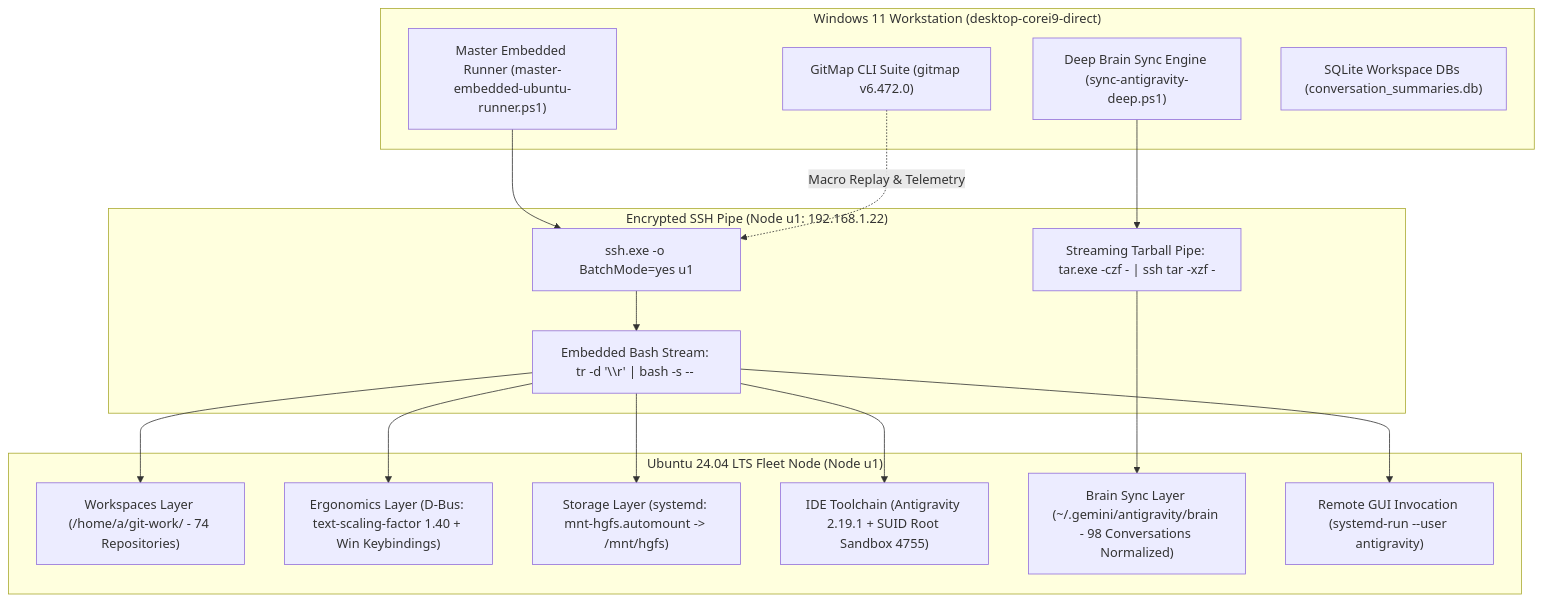
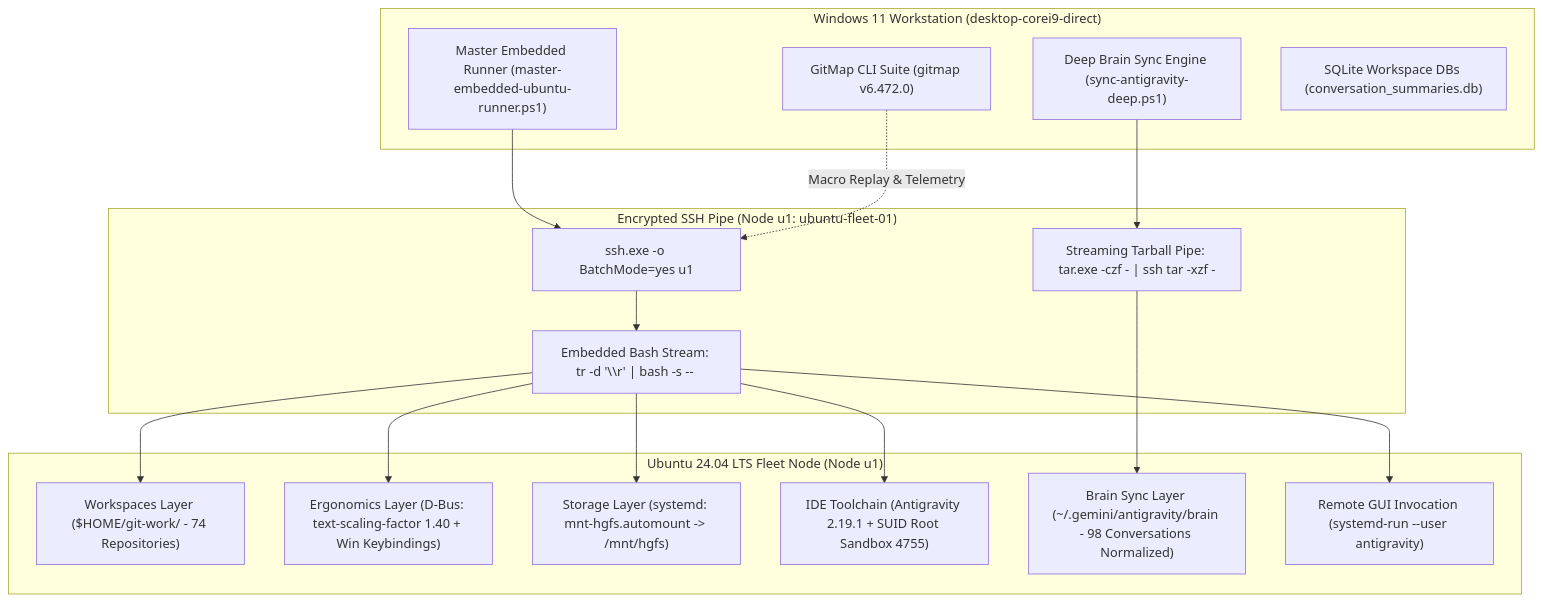
One commit to alimtvnetwork/gitmap-v28 changed the diagram in 02-spec/21-app/214-ubuntu-fleet-automation-and-workstation-governance/01-architecture-spec.md. Above: the diagram before and after it, drawn with Mermaid. The commit also changed other lines of this file and 49 other files, not shown here.

````diff
--- a/02-spec/21-app/214-ubuntu-fleet-automation-and-workstation-governance/01-architecture-spec.md
+++ b/02-spec/21-app/214-ubuntu-fleet-automation-and-workstation-governance/01-architecture-spec.md
@@ -22,28 +22,28 @@
 ```mermaid
 flowchart TD
     subgraph WindowsManagementHost["Windows 11 Workstation (desktop-corei9-direct)"]
         W1["Master Embedded Runner (master-embedded-ubuntu-runner.ps1)"]
         W2["Deep Brain Sync Engine (sync-antigravity-deep.ps1)"]
         W3["GitMap CLI Suite (gitmap v6.472.0)"]
         W4["SQLite Workspace DBs (conversation_summaries.db)"]
     end
 
-    subgraph SecureTransport["Encrypted SSH Pipe (Node u1: 192.168.1.22)"]
+    subgraph SecureTransport["Encrypted SSH Pipe (Node u1: ubuntu-fleet-01)"]
         T1["ssh.exe -o BatchMode=yes u1"]
         T2["Embedded Bash Stream: tr -d '\\r' | bash -s -- <action>"]
         T3["Streaming Tarball Pipe: tar.exe -czf - | ssh tar -xzf -"]
     end
 
     subgraph UbuntuWorkstationNode["Ubuntu 24.04 LTS Fleet Node (Node u1)"]
-        U1["Workspaces Layer (/home/a/git-work/ - 74 Repositories)"]
+        U1["Workspaces Layer ($HOME/git-work/ - 74 Repositories)"]
         U2["Ergonomics Layer (D-Bus: text-scaling-factor 1.40 + Win Keybindings)"]
         U3["Storage Layer (systemd: mnt-hgfs.automount -> /mnt/hgfs)"]
         U4["IDE Toolchain (Antigravity 2.19.1 + SUID Root Sandbox 4755)"]
         U5["Brain Sync Layer (~/.gemini/antigravity/brain - 98 Conversations Normalized)"]
         U6["Remote GUI Invocation (systemd-run --user antigravity)"]
     end
 
     W1 --> T1 --> T2 --> U1 & U2 & U3 & U4 & U6
     W2 --> T3 --> U5
     W3 -.->|"Macro Replay & Telemetry"| T1
 ```
````
